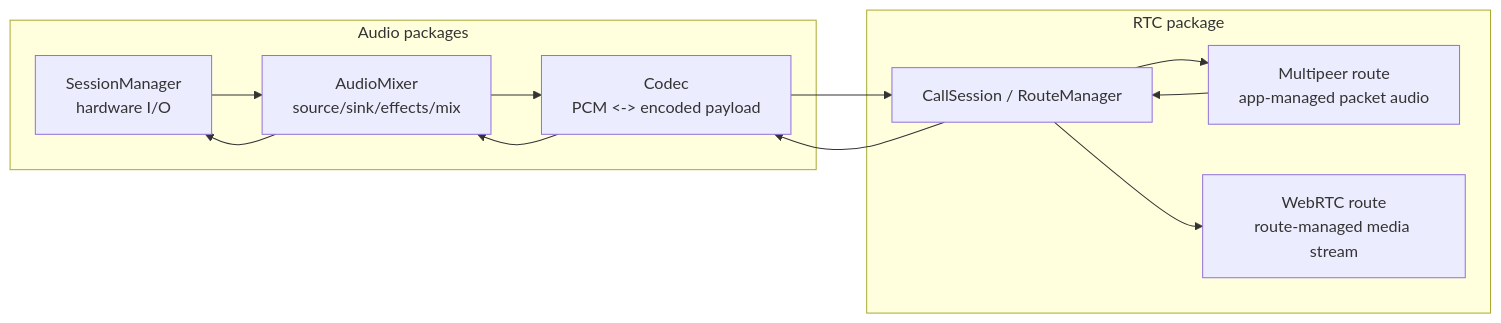
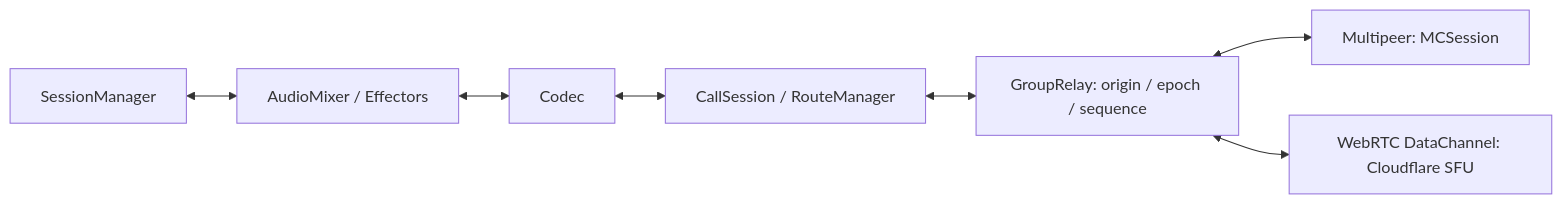
Before and after one commit to eroccowaruico/RideIntercom: the first of 2 diagrams in docs/spec/packages/RTC.md, drawn with Mermaid. The commit also changed other lines of this file and 22 other files, not shown here.

````diff
--- a/docs/spec/packages/RTC.md
+++ b/docs/spec/packages/RTC.md
@@ -16,18 +15,9 @@
 ```mermaid
 flowchart LR
-    subgraph AudioPackages[Audio packages]
-        SessionManager[SessionManager\nhardware I/O]
-        Mixer[AudioMixer\nsource/sink/effects/mix]
-        Codec[Codec\nPCM <-> encoded payload]
-    end
-
-    subgraph RTCPackage[RTC package]
-        RTC[CallSession / RouteManager]
-        Multipeer[Multipeer route\napp-managed packet audio]
-        WebRTC[WebRTC route\nroute-managed media stream]
-    end
-
-    SessionManager --> Mixer --> Codec --> RTC --> Multipeer
-    Multipeer --> RTC --> Codec --> Mixer --> SessionManager
-    RTC --> WebRTC
+    IO[SessionManager] <--> Mix[AudioMixer / Effectors]
+    Mix <--> Codec
+    Codec <--> Session[CallSession / RouteManager]
+    Session <--> Relay[GroupRelay: origin / epoch / sequence]
+    Relay <--> Local[Multipeer: MCSession]
+    Relay <--> Internet[WebRTC DataChannel: Cloudflare SFU]
 ```
````
